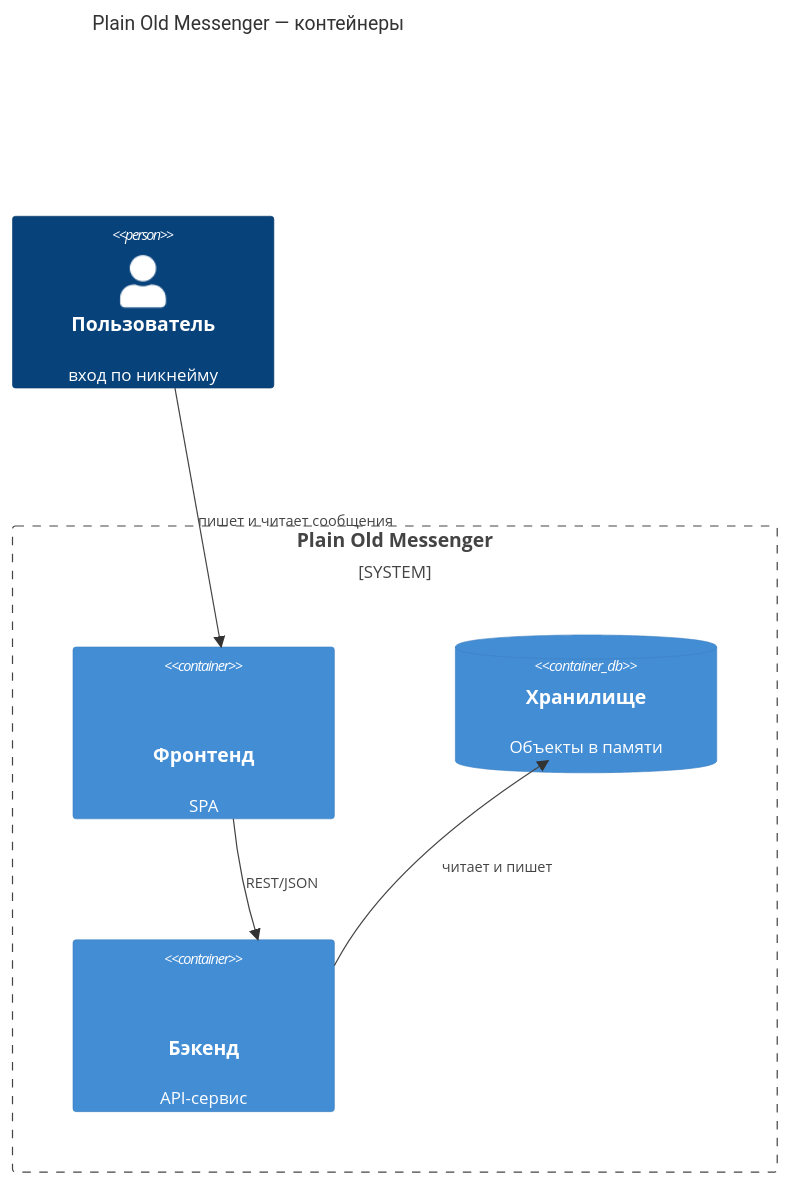
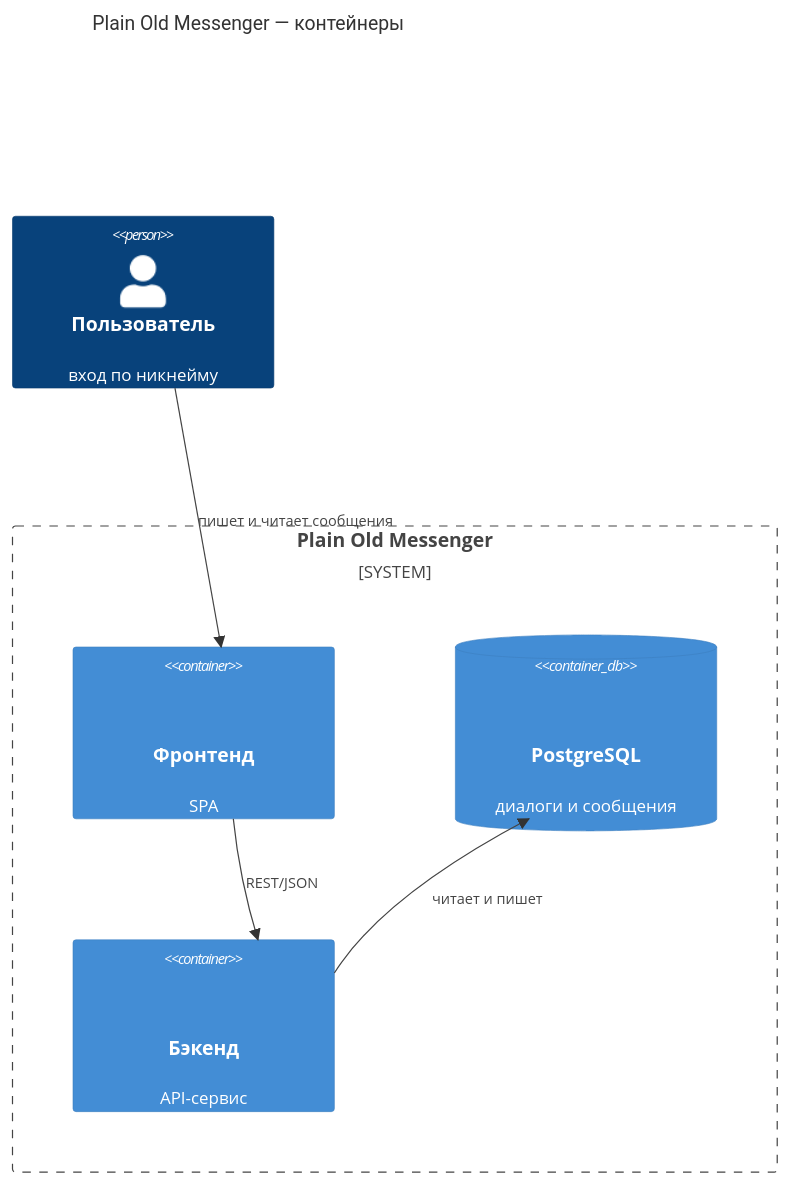
One commit to is-aidd-26/plain-old-messenger changed the diagram in docs/architecture/2-containers.md. Above: the diagram before and after it, drawn with Mermaid. The commit also changed other lines of this file and 23 other files, not shown here.

````diff
--- a/docs/architecture/2-containers.md
+++ b/docs/architecture/2-containers.md
@@ -5,16 +5,16 @@
 ```mermaid
 C4Container
     title Plain Old Messenger — контейнеры
 
     Person(user, "Пользователь", "вход по никнейму")
 
     System_Boundary(pom, "Plain Old Messenger") {
         Container(spa, "Фронтенд", "", "SPA", "React + TypeScript")
-        ContainerDb(store, "Хранилище", "", "Объекты в памяти")
+        ContainerDb(db, "PostgreSQL", "", "диалоги и сообщения", "SQL")
         Container(api, "Бэкенд", "", "API-сервис", "C# + ASP.NET Core")
     }
 
     Rel(user, spa, "пишет и читает сообщения")
     Rel(spa, api, "REST/JSON")
-    Rel(api, store, "читает и пишет")
+    Rel(api, db, "читает и пишет")
 ```
````
